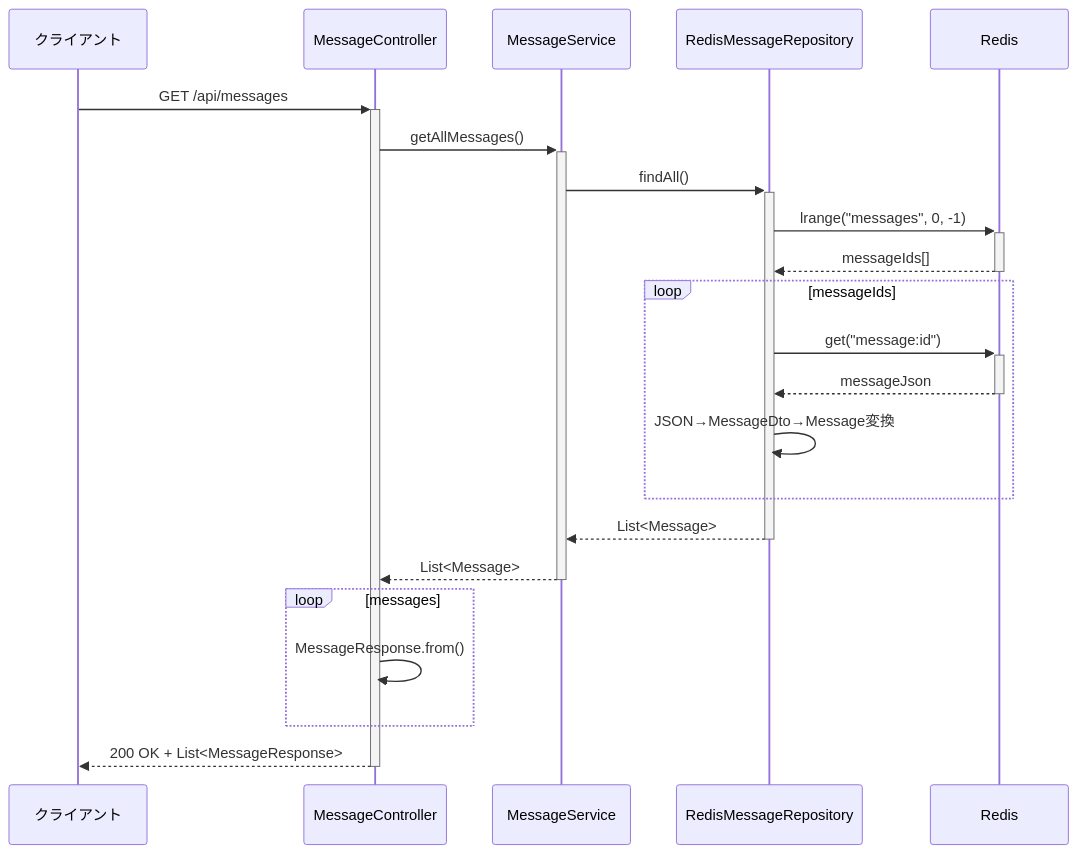
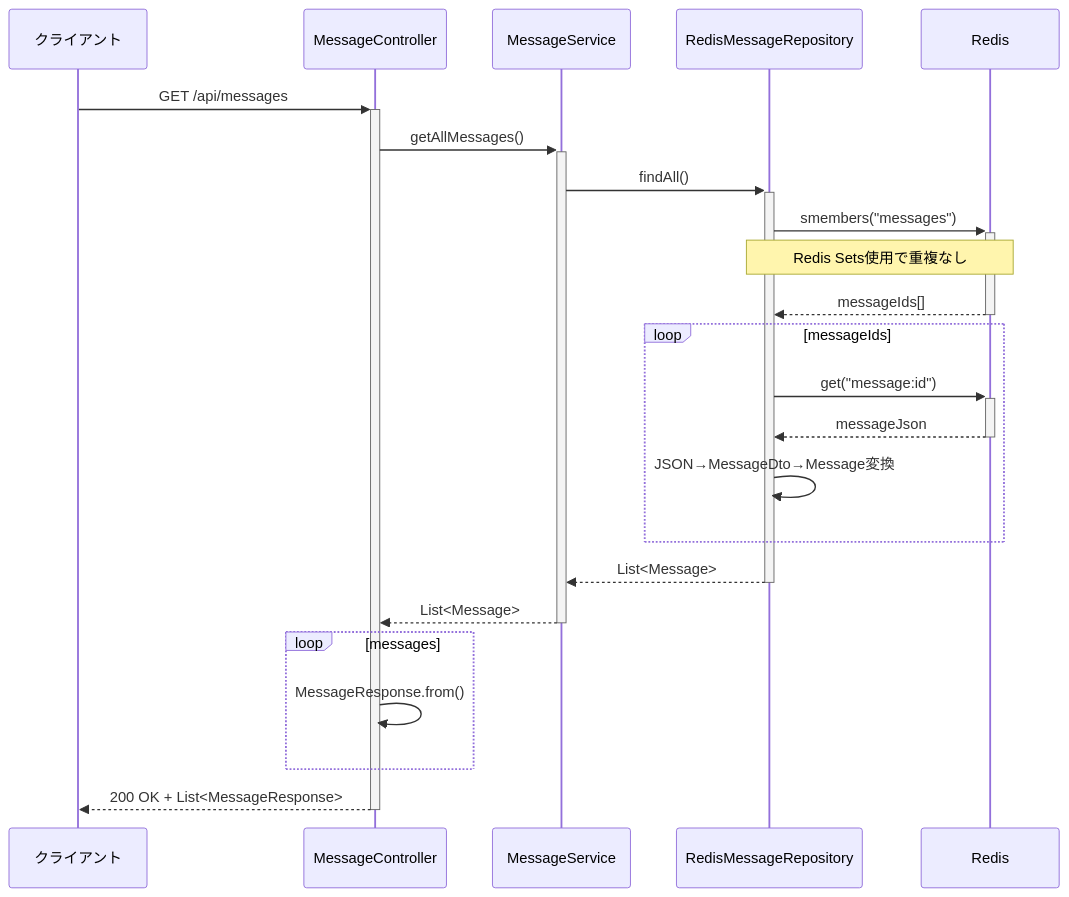
Before and after one commit to toshiakisan1127/kafka-redis-playground: the second of 6 diagrams in docs/sequence-diagrams.md, drawn with Mermaid. The commit also changed other lines of this file, not shown here.

Commit message:
docs: Update sequence-diagrams.md to reflect Docker-first approach and current architecture

````diff
--- a/docs/sequence-diagrams.md
+++ b/docs/sequence-diagrams.md
@@ -55,30 +47,31 @@
 ```mermaid
 sequenceDiagram
     participant Client as クライアント
     participant Controller as MessageController
     participant Service as MessageService
     participant Repository as RedisMessageRepository
     participant Redis as Redis
 
     Client->>+Controller: GET /api/messages
     Controller->>+Service: getAllMessages()
     Service->>+Repository: findAll()
     
-    Repository->>+Redis: lrange("messages", 0, -1)
+    Repository->>+Redis: smembers("messages")
+    Note over Repository,Redis: Redis Sets使用で重複なし
     Redis-->>-Repository: messageIds[]
     
     loop messageIds
         Repository->>+Redis: get("message:id")
         Redis-->>-Repository: messageJson
         Repository->>Repository: JSON→MessageDto→Message変換
     end
     
     Repository-->>-Service: List<Message>
     Service-->>-Controller: List<Message>
     
     loop messages
         Controller->>Controller: MessageResponse.from()
     end
     
     Controller-->>-Client: 200 OK + List<MessageResponse>
 ```
````
